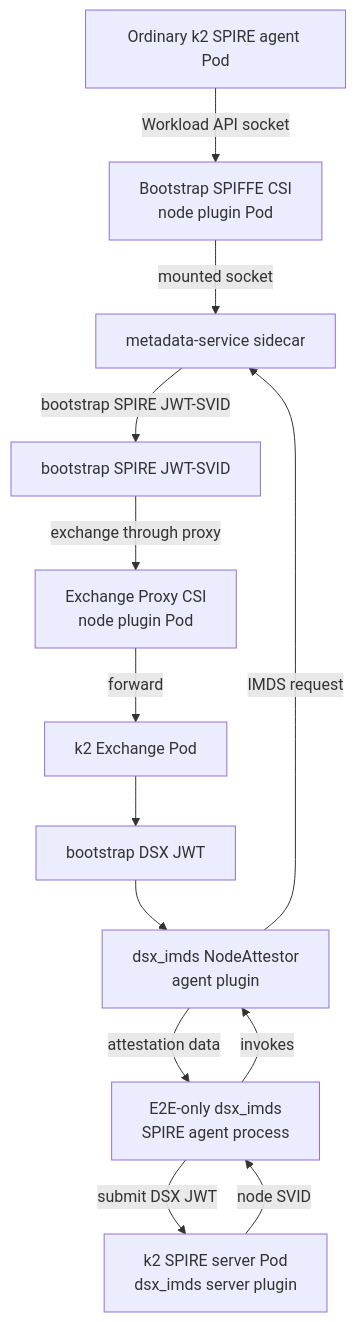
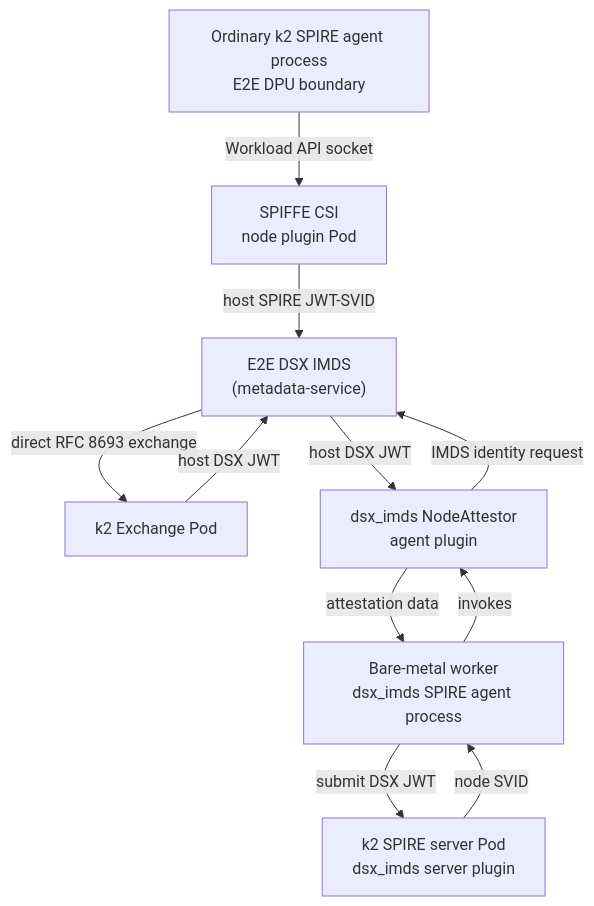
One commit to dsx-ai-factory/nvidia-workload-identity changed the eighth of 10 diagrams in README.md. Above: the diagram before and after it, drawn with Mermaid. The commit also changed other lines of this file and 93 other files, not shown here.

````diff
--- a/README.md
+++ b/README.md
@@ -404,26 +778,21 @@
 ```mermaid
 flowchart TB
-  Ordinary -->|"Workload API socket"| BootstrapCSI
-  BootstrapCSI -->|"mounted socket"| BootstrapMetadata
+  DPUAgent -->|"Workload API socket"| CSI
+  CSI -->|"host SPIRE JWT-SVID"| DPUMetadata
+  DPUMetadata -->|"direct RFC 8693 exchange"| Exchange
+  Exchange -->|"host DSX JWT"| DPUMetadata
   Agent -->|"invokes"| Plugin
-  Plugin -->|"IMDS request"| BootstrapMetadata
-  BootstrapMetadata -->|"bootstrap SPIRE JWT-SVID"| BootstrapJWT
-  BootstrapJWT -->|"exchange through proxy"| ExchangeProxy
-  ExchangeProxy -->|"forward"| Exchange
-  Exchange --> BootstrapDSX
-  BootstrapDSX --> Plugin
+  Plugin -->|"IMDS identity request"| DPUMetadata
+  DPUMetadata -->|"host DSX JWT"| Plugin
   Plugin -->|"attestation data"| Agent
   Agent -->|"submit DSX JWT"| Server
   Server -->|"node SVID"| Agent
 
-  Ordinary["Ordinary k2 SPIRE agent Pod"]
-  BootstrapCSI["Bootstrap SPIFFE CSI<br/>node plugin Pod"]
-  Agent["E2E-only dsx_imds<br/>SPIRE agent process"]
+  DPUAgent["Ordinary k2 SPIRE agent process<br/>E2E DPU boundary"]
+  CSI["SPIFFE CSI<br/>node plugin Pod"]
+  DPUMetadata["E2E DSX IMDS<br/>(metadata-service)"]
+  Agent["Bare-metal worker<br/>dsx_imds SPIRE agent process"]
   Plugin["dsx_imds NodeAttestor<br/>agent plugin"]
-  BootstrapMetadata["metadata-service sidecar"]
-  BootstrapJWT["bootstrap SPIRE JWT-SVID"]
-  BootstrapDSX["bootstrap DSX JWT"]
-  ExchangeProxy["Exchange Proxy CSI<br/>node plugin Pod"]
   Exchange["k2 Exchange Pod"]
   Server["k2 SPIRE server Pod<br/>dsx_imds server plugin"]
 ```
````
